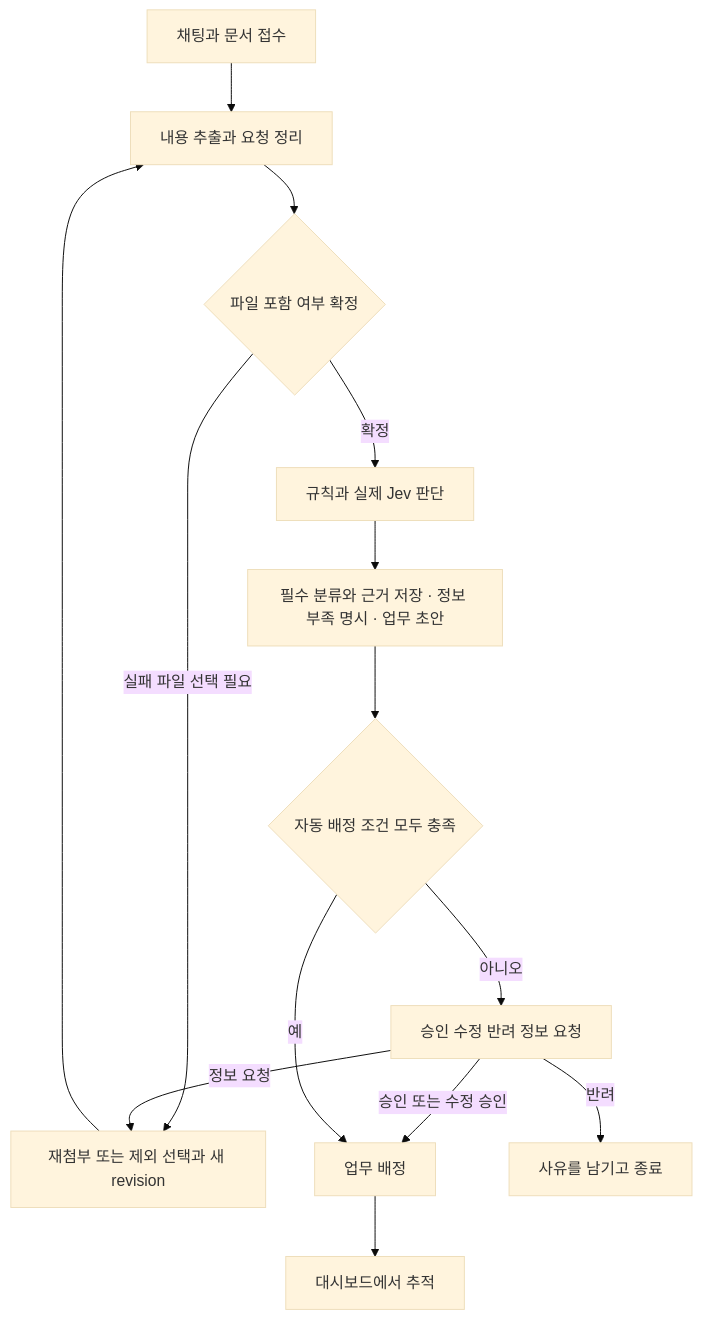
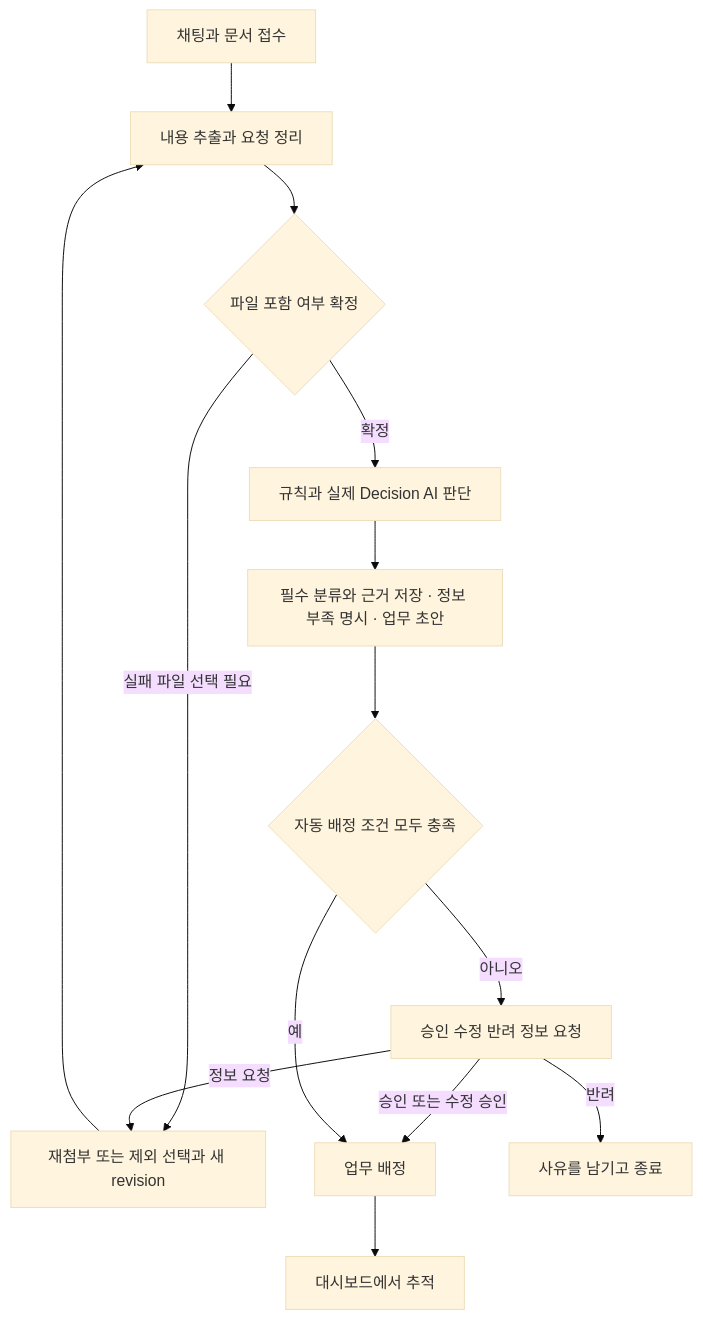
One commit to sangwookp9591/decision-chat-bot changed the first of 2 diagrams in docs/spec/02_USER_EXPERIENCE.md. Above: the diagram before and after it, drawn with Mermaid (base theme). The commit also changed 429 other files, not shown here.

````diff
--- a/docs/spec/02_USER_EXPERIENCE.md
+++ b/docs/spec/02_USER_EXPERIENCE.md
@@ -5,16 +5,16 @@
 ```mermaid
 flowchart TD
     A[채팅과 문서 접수] --> B[내용 추출과 요청 정리]
     B --> C{파일 포함 여부 확정}
     C -->|실패 파일 선택 필요| D[재첨부 또는 제외 선택과 새 revision]
     D --> B
-    C -->|확정| E[규칙과 실제 Jev 판단]
+    C -->|확정| E[규칙과 실제 Decision AI 판단]
     E --> F[필수 분류와 근거 저장 · 정보 부족 명시 · 업무 초안]
     F --> G{자동 배정 조건 모두 충족}
     G -->|아니오| H[승인 수정 반려 정보 요청]
     H -->|승인 또는 수정 승인| I[업무 배정]
     H -->|정보 요청| D
     H -->|반려| J[사유를 남기고 종료]
     G -->|예| I
     I --> K[대시보드에서 추적]
 ```
````
